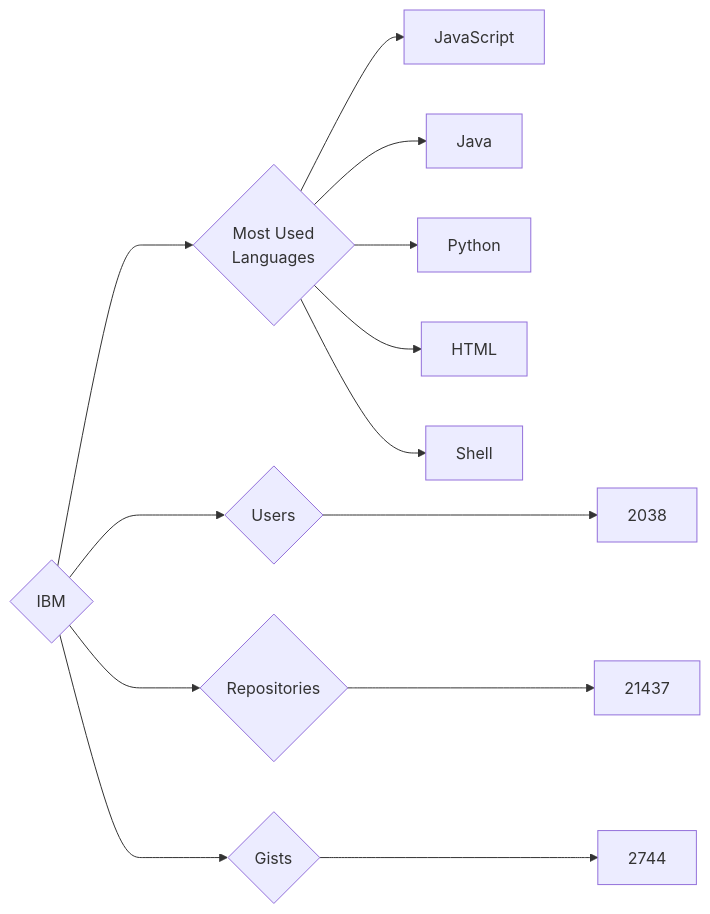
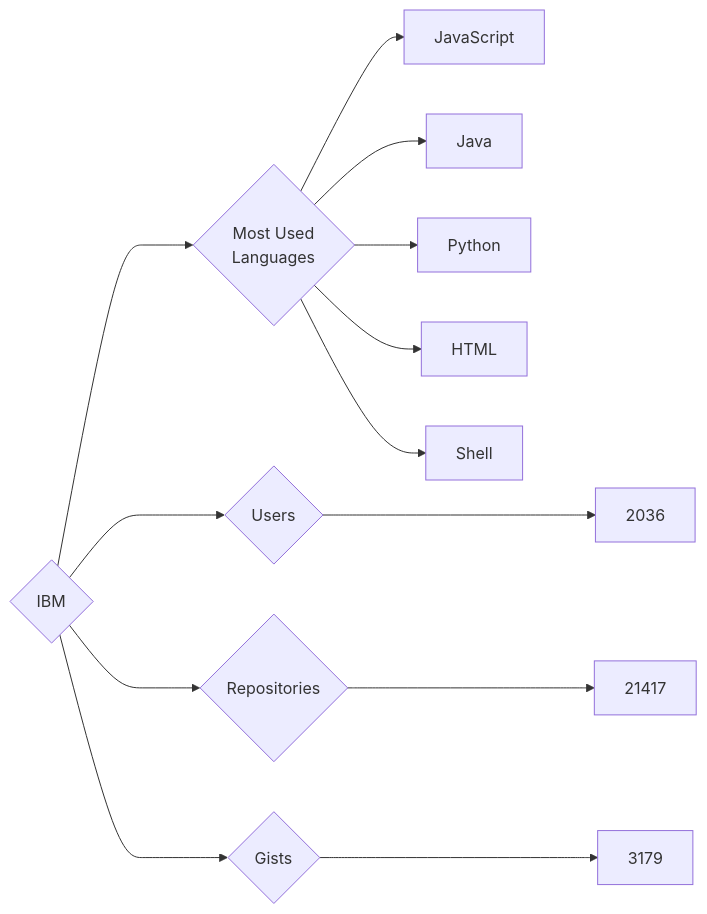
Before and after one commit to trickest/insiders: the diagram in targets/IBM/README.md, drawn with Mermaid. The commit also changed 925 other files, not shown here.

````diff
--- a/targets/IBM/README.md
+++ b/targets/IBM/README.md
@@ -3,13 +3,13 @@
 ```mermaid
 graph LR
 COMPANY_NAME{IBM}
-COMPANY_NAME ---> U{Users} ---> UN[2038]
-COMPANY_NAME ---> R{Repositories} ---> RN[21437]
-COMPANY_NAME ---> G{Gists} ---> GN[2744]
+COMPANY_NAME ---> U{Users} ---> UN[2036]
+COMPANY_NAME ---> R{Repositories} ---> RN[21417]
+COMPANY_NAME ---> G{Gists} ---> GN[3179]
 COMPANY_NAME ---> ML{Most Used<br>Languages}
 ML --> JavaScript[JavaScript]
 ML --> Java[Java]
 ML --> Python[Python]
 ML --> HTML[HTML]
 ML --> Shell[Shell]
 ```
````
